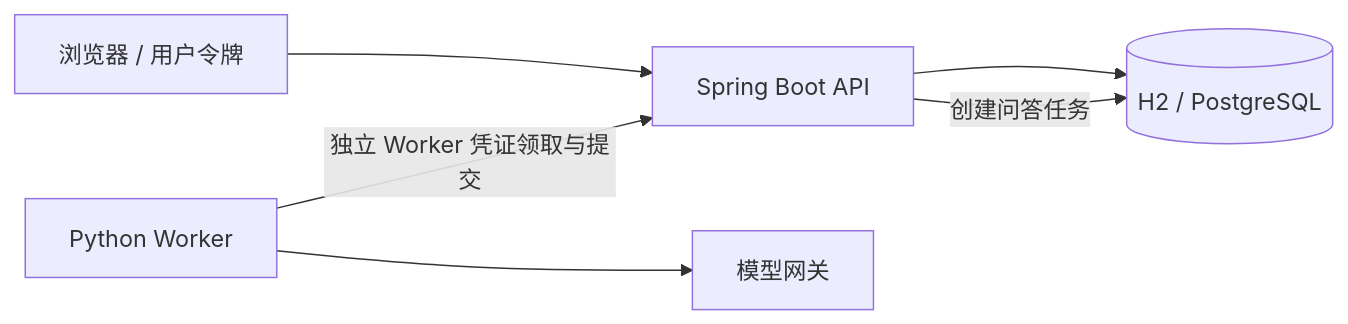
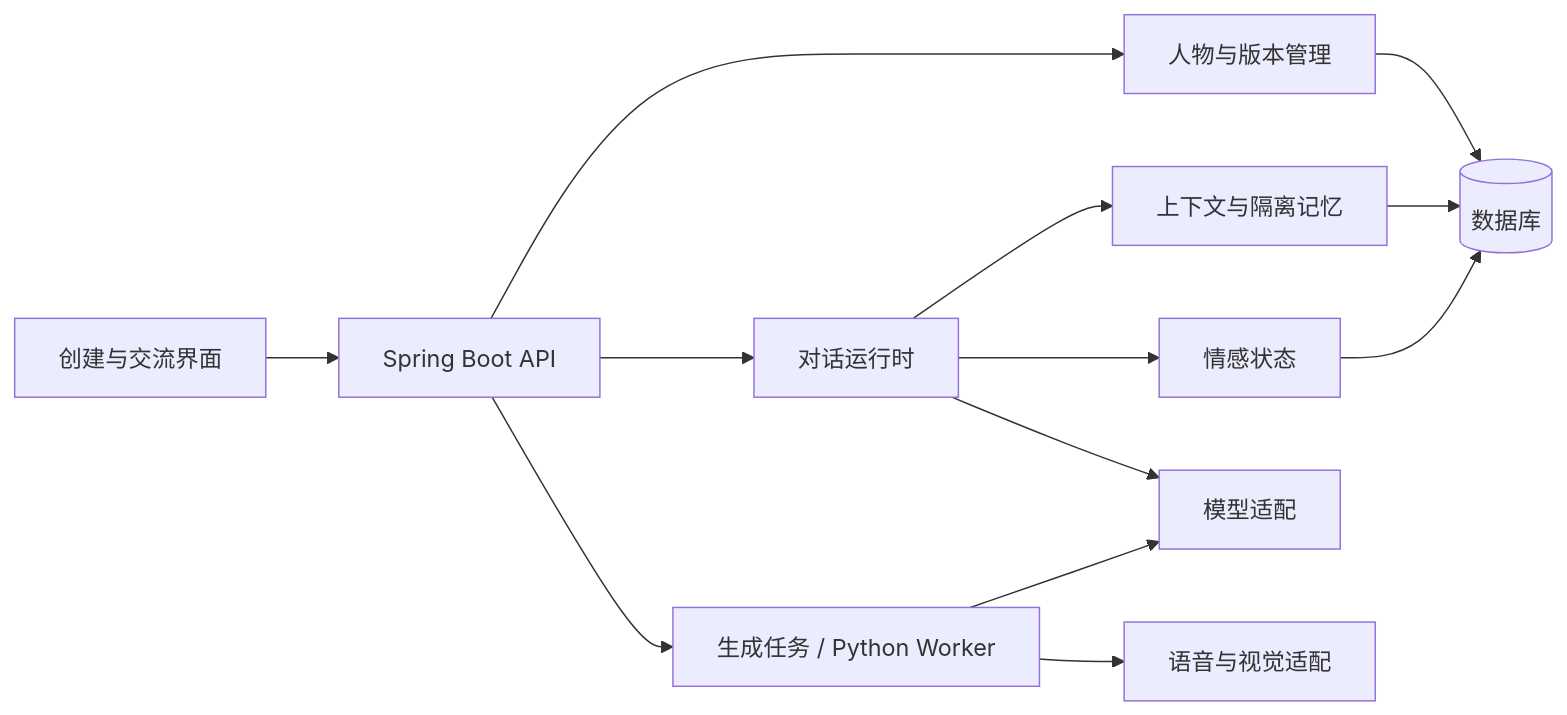
One commit to heroLi/distilly-platform changed the diagram in docs/ARCHITECTURE.md. Above: the diagram before and after it, drawn with Mermaid. The commit also changed other lines of this file and 188 other files, not shown here.

````diff
--- a/docs/ARCHITECTURE.md
+++ b/docs/ARCHITECTURE.md
@@ -10,8 +22,15 @@
 ```mermaid
 flowchart LR
- U[浏览器 / 用户令牌] --> A[Spring Boot API]
- A --> D[(H2 / PostgreSQL)]
- W[Python Worker] -->|独立 Worker 凭证领取与提交| A
- W --> M[模型网关]
- A -->|创建问答任务| D
+  U[创建与交流界面] --> A[Spring Boot API]
+  A --> P[人物与版本管理]
+  A --> R[对话运行时]
+  R --> C[上下文与隔离记忆]
+  R --> E[情感状态]
+  R --> M[模型适配]
+  A --> W[生成任务 / Python Worker]
+  W --> M
+  P --> D[(数据库)]
+  C --> D
+  E --> D
+  W --> V[语音与视觉适配]
 ```
````
